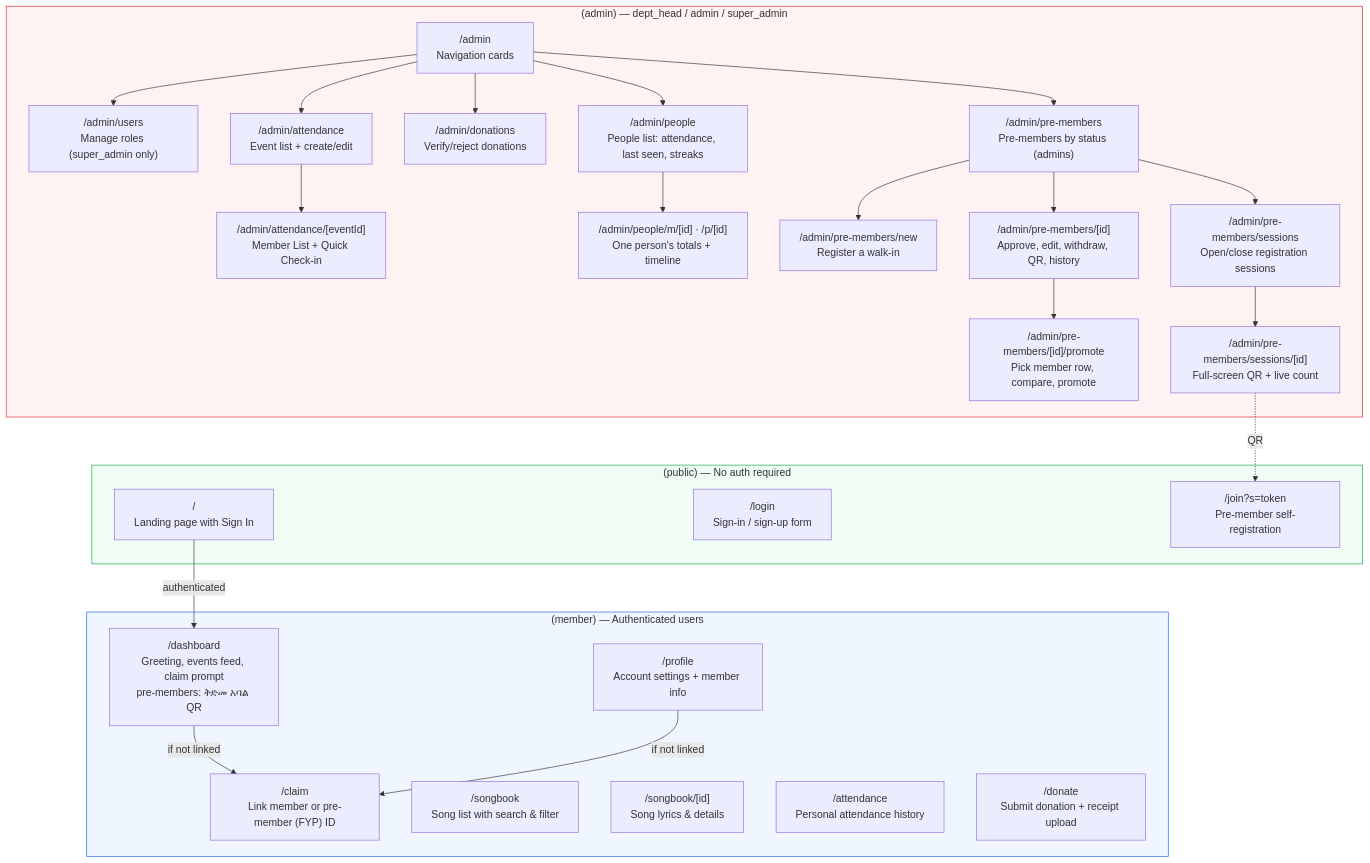
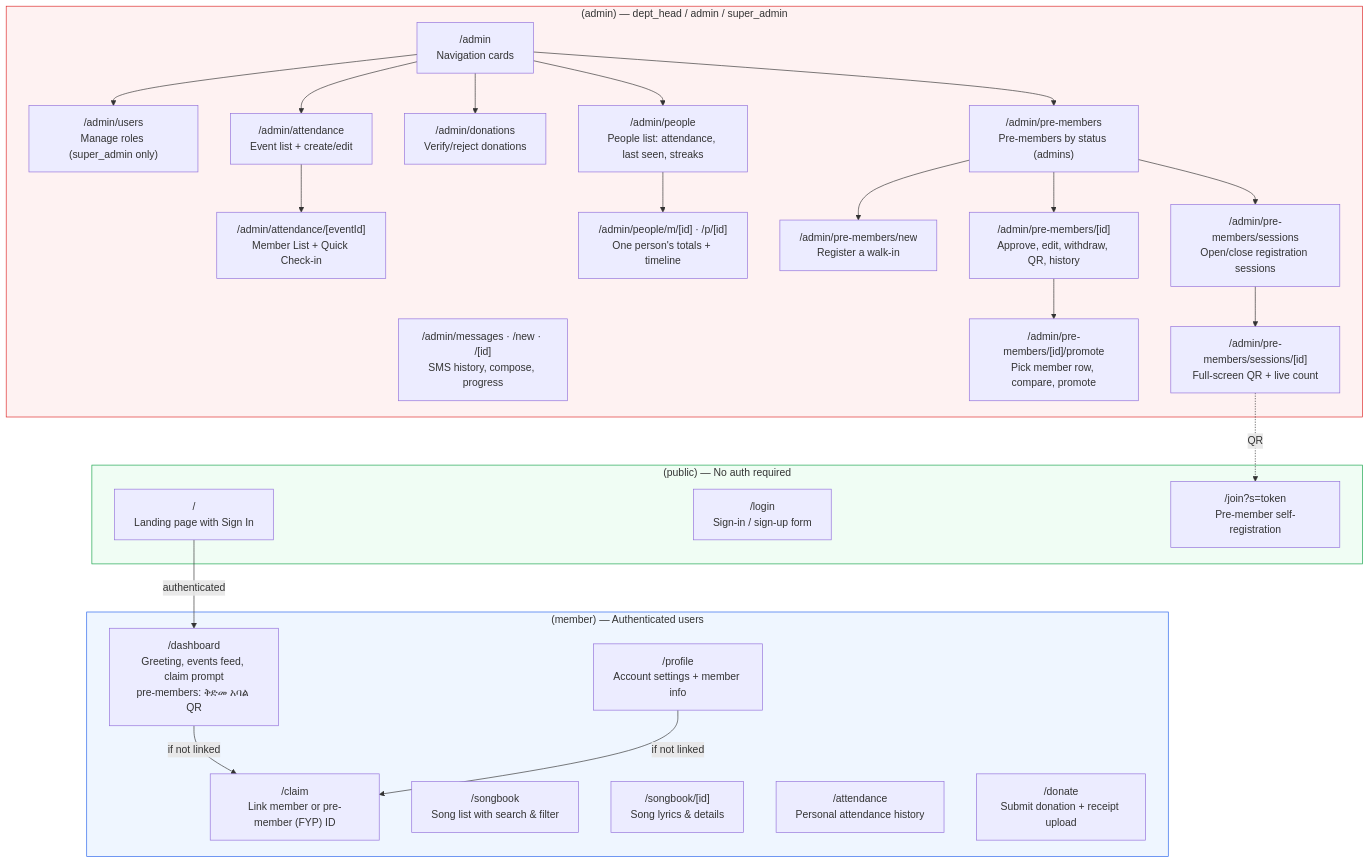
Before and after one commit to Felege-Yordanos-Tech-Team/felege-yordanos-app: the first of 4 diagrams in docs/routes.md, drawn with Mermaid. The commit also changed other lines of this file and 66 other files, not shown here.

````diff
--- a/docs/routes.md
+++ b/docs/routes.md
@@ -5,55 +5,56 @@
 ```mermaid
 graph TD
     subgraph PUBLIC["(public) — No auth required"]
         LANDING["/<br/>Landing page with Sign In"]
         LOGIN["/login<br/>Sign-in / sign-up form"]
         JOIN["/join?s=token<br/>Pre-member self-registration"]
     end
 
     subgraph MEMBER["(member) — Authenticated users"]
         DASHBOARD["/dashboard<br/>Greeting, events feed, claim prompt<br/>pre-members: ቅድመ አባል QR"]
         CLAIM["/claim<br/>Link member or pre-member (FYP) ID"]
         PROFILE["/profile<br/>Account settings + member info"]
         SONGBOOK["/songbook<br/>Song list with search & filter"]
         SONG_DETAIL["/songbook/[id]<br/>Song lyrics & details"]
         ATTENDANCE["/attendance<br/>Personal attendance history"]
         DONATE["/donate<br/>Submit donation + receipt upload"]
     end
 
     subgraph ADMIN["(admin) — dept_head / admin / super_admin"]
         ADMIN_HOME["/admin<br/>Navigation cards"]
         ADMIN_USERS["/admin/users<br/>Manage roles (super_admin only)"]
         ADMIN_ATTENDANCE["/admin/attendance<br/>Event list + create/edit"]
         ADMIN_CHECKIN["/admin/attendance/[eventId]<br/>Member List + Quick Check-in"]
         ADMIN_DONATIONS["/admin/donations<br/>Verify/reject donations"]
         ADMIN_PEOPLE["/admin/people<br/>People list: attendance, last seen, streaks"]
+        ADMIN_MESSAGES["/admin/messages · /new · /[id]<br/>SMS history, compose, progress"]
         ADMIN_PERSON["/admin/people/m/[id] · /p/[id]<br/>One person's totals + timeline"]
         ADMIN_PRE["/admin/pre-members<br/>Pre-members by status (admins)"]
         ADMIN_PRE_NEW["/admin/pre-members/new<br/>Register a walk-in"]
         ADMIN_PRE_ID["/admin/pre-members/[id]<br/>Approve, edit, withdraw, QR, history"]
         ADMIN_PRE_PROMOTE["/admin/pre-members/[id]/promote<br/>Pick member row, compare, promote"]
         ADMIN_PRE_SESSIONS["/admin/pre-members/sessions<br/>Open/close registration sessions"]
         ADMIN_PRE_SESSION["/admin/pre-members/sessions/[id]<br/>Full-screen QR + live count"]
     end
 
     LANDING -->|authenticated| DASHBOARD
     DASHBOARD -->|if not linked| CLAIM
     PROFILE -->|if not linked| CLAIM
     ADMIN_HOME --> ADMIN_ATTENDANCE
     ADMIN_HOME --> ADMIN_DONATIONS
     ADMIN_HOME --> ADMIN_USERS
     ADMIN_ATTENDANCE --> ADMIN_CHECKIN
     ADMIN_HOME --> ADMIN_PEOPLE
     ADMIN_PEOPLE --> ADMIN_PERSON
     ADMIN_HOME --> ADMIN_PRE
     ADMIN_PRE --> ADMIN_PRE_NEW
     ADMIN_PRE --> ADMIN_PRE_ID
     ADMIN_PRE_ID --> ADMIN_PRE_PROMOTE
     ADMIN_PRE --> ADMIN_PRE_SESSIONS
     ADMIN_PRE_SESSIONS --> ADMIN_PRE_SESSION
     ADMIN_PRE_SESSION -.->|QR| JOIN
 
     style PUBLIC fill:#f0fdf4,stroke:#16a34a
     style MEMBER fill:#eff6ff,stroke:#2563eb
     style ADMIN fill:#fef2f2,stroke:#dc2626
 ```
````
